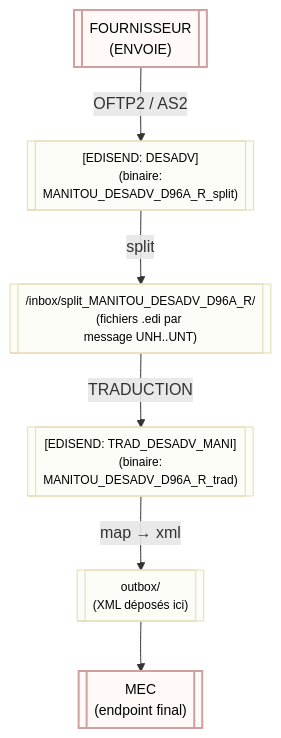
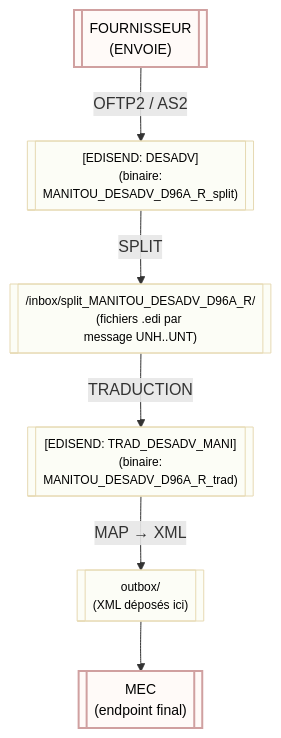
Before and after one commit to HMaPredell/visuel: the diagram in README.md, drawn with Mermaid. The commit also changed other lines of this file, not shown here.

````diff
--- a/README.md
+++ b/README.md
@@ -55,19 +55,19 @@
 ```mermaid
 flowchart TD
   %% Large blocks, vertical layout
   classDef bigBlock fill:#fffaf8,stroke:#d0a0a0,stroke-width:2px,color:#000,font-size:14px;
   classDef stepBlock fill:#fcfdf6,stroke:#e6d9b2,stroke-width:1px,color:#000,font-size:12px;
 
    FOURNISSEUR[["FOURNISSEUR<br/>(ENVOIE)<br/>"]]:::bigBlock
    EDISEND_SPLIT[["[EDISEND: DESADV]<br/>(binaire: <br/>MANITOU_DESADV_D96A_R_split)<br/>"]]:::stepBlock
   SPLIT_DIR[["/inbox/split_MANITOU_DESADV_D96A_R/<br/>(fichiers .edi par <br/>message UNH..UNT)"]]:::stepBlock
    EDISEND_TRAD[["[EDISEND: TRAD_DESADV_MANI]<br/>(binaire: <br/>MANITOU_DESADV_D96A_R_trad)<br/>"]]:::stepBlock
    OUTBOX[["outbox/<br/>(XML déposés ici)"]]:::stepBlock
    MEC[["MEC<br/>(endpoint final)"]]:::bigBlock
 
   FOURNISSEUR -->|OFTP2 / AS2| EDISEND_SPLIT
-  EDISEND_SPLIT -->|split| SPLIT_DIR
+  EDISEND_SPLIT -->|SPLIT| SPLIT_DIR
   SPLIT_DIR -->|TRADUCTION| EDISEND_TRAD
-  EDISEND_TRAD -->|map → xml| OUTBOX
+  EDISEND_TRAD -->|MAP → XML| OUTBOX
   OUTBOX --> MEC
 ```
````
